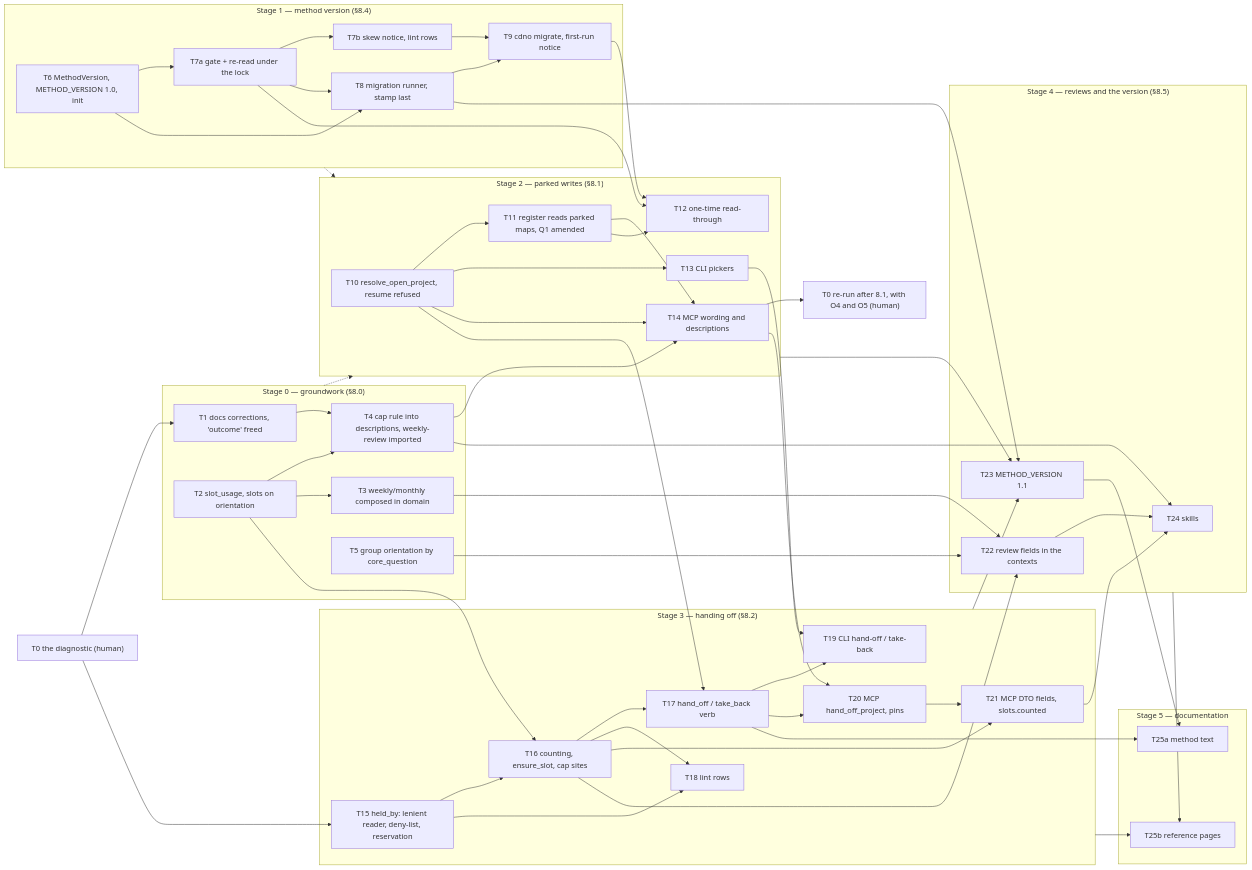
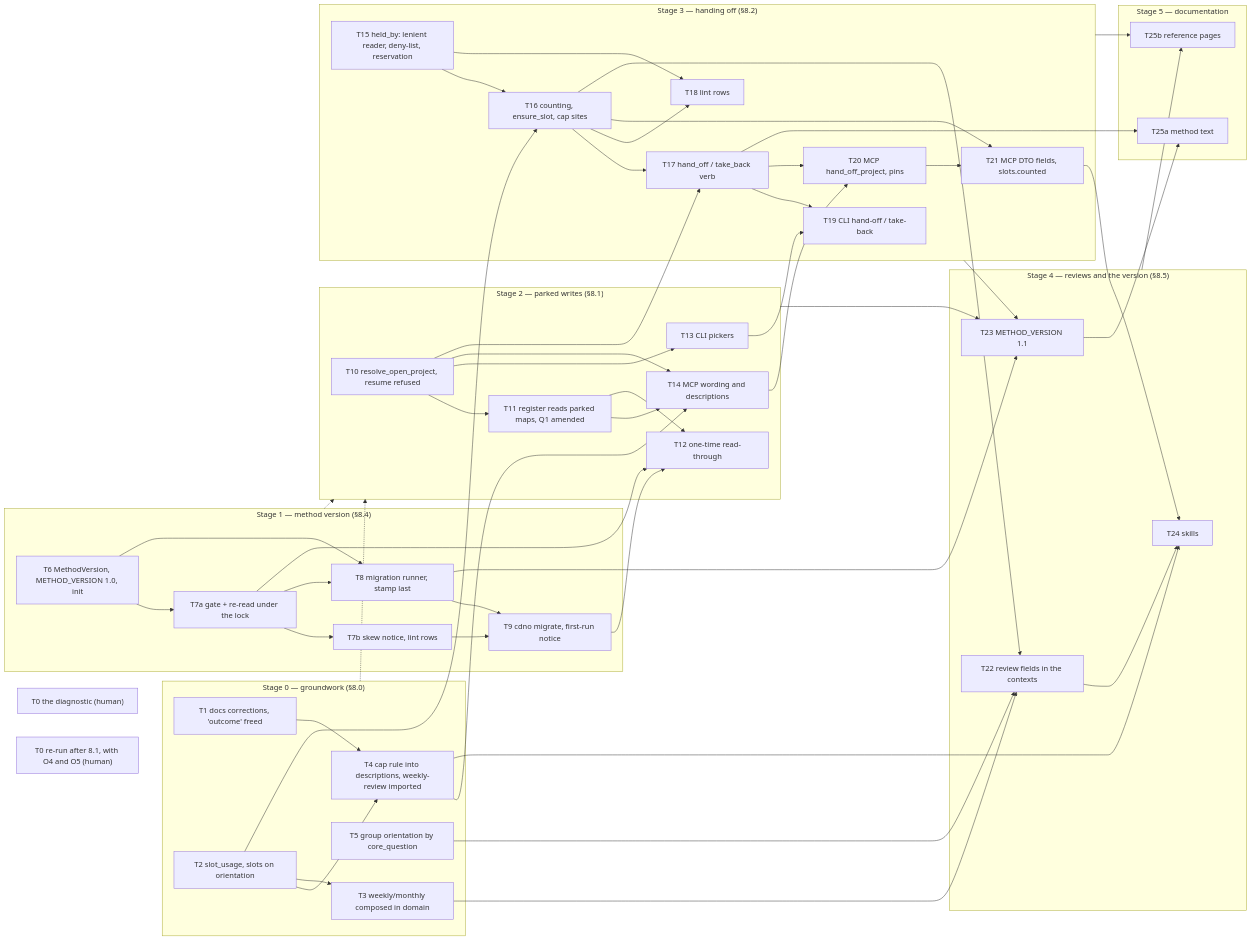
The diagram in docs/rfcs/0006-implementation-plan.md (agustinvalencia/cuaderno), drawn with Mermaid before and after one commit. The commit also changed other lines of this file, not shown here.

```diff
--- a/docs/rfcs/0006-implementation-plan.md
+++ b/docs/rfcs/0006-implementation-plan.md
@@ -199,9 +210,6 @@
         T25b["T25b reference pages"]
     end
 
-    T0 --> T1
-    T0 --> T15
-    T14 --> T0b
     T1 --> T4
     T2 --> T4
     T2 --> T3
```
